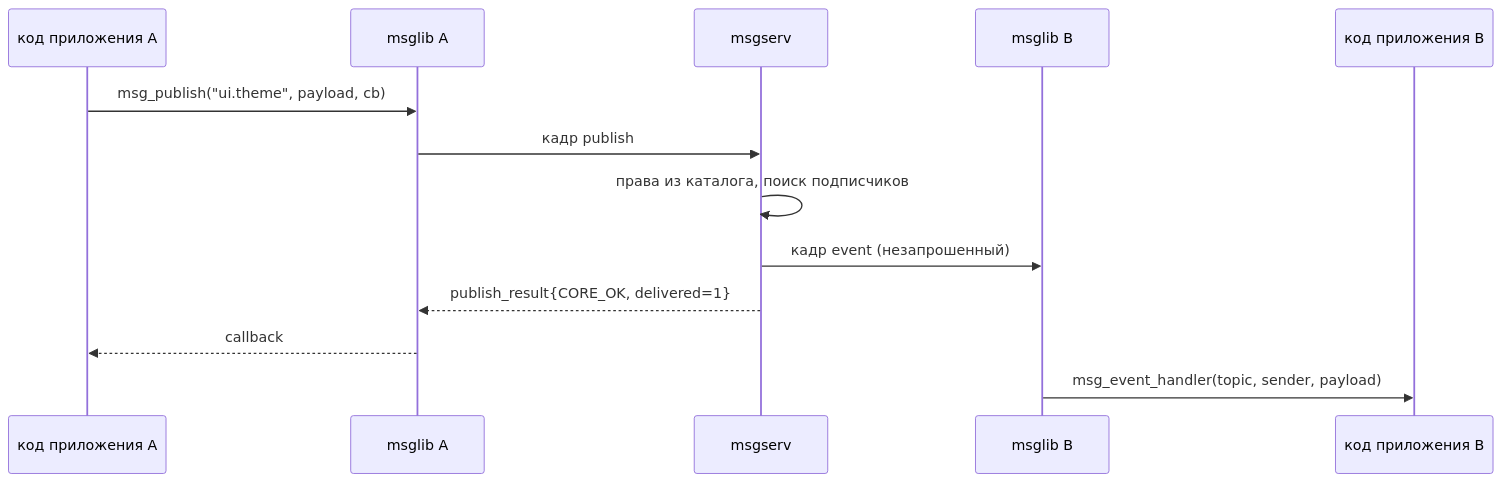
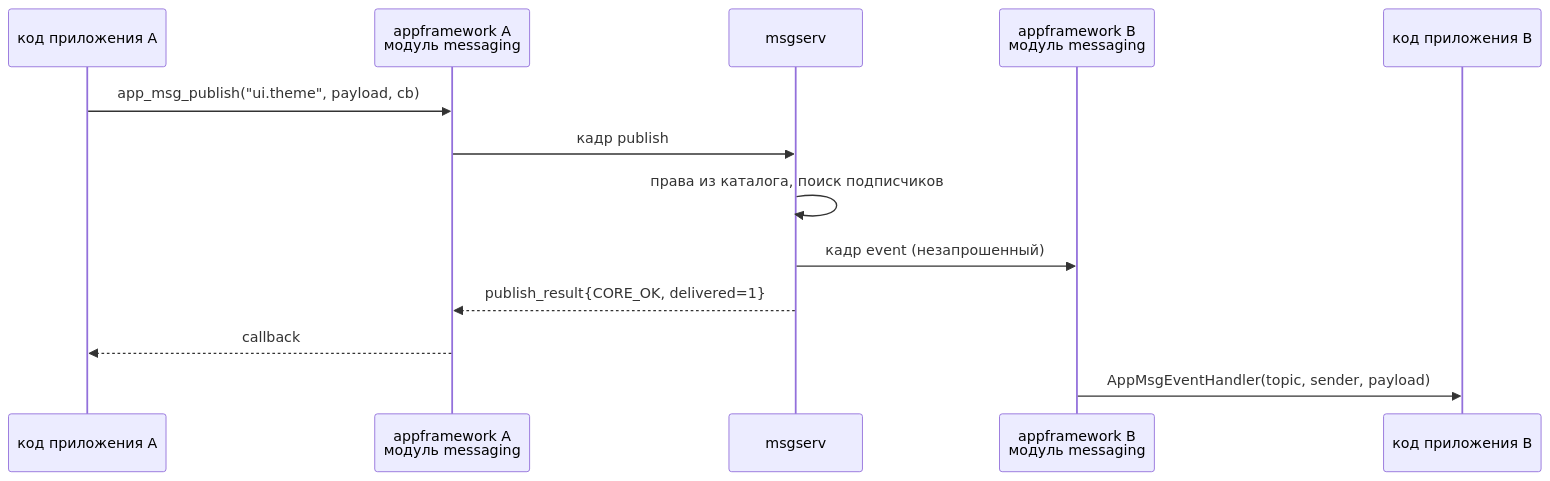
One commit to ITMOdefence/brouk changed the diagram in README.md. Above: the diagram before and after it, drawn with Mermaid. The commit also changed other lines of this file, not shown here.

First line of the commit message:
Клиент обмена — модуль messaging в appframework, а не отдельная библиотека

````diff
--- a/README.md
+++ b/README.md
@@ -125,16 +156,16 @@
 ```mermaid
 sequenceDiagram
     participant AC as код приложения A
-    participant ML as msglib A
+    participant AF as appframework A<br/>модуль messaging
     participant MS as msgserv
-    participant MLB as msglib B
+    participant BF as appframework B<br/>модуль messaging
     participant BC as код приложения B
 
-    AC->>ML: msg_publish("ui.theme", payload, cb)
-    ML->>MS: кадр publish
+    AC->>AF: app_msg_publish("ui.theme", payload, cb)
+    AF->>MS: кадр publish
     MS->>MS: права из каталога, поиск подписчиков
-    MS->>MLB: кадр event (незапрошенный)
-    MS-->>ML: publish_result{CORE_OK, delivered=1}
-    ML-->>AC: callback
-    MLB->>BC: msg_event_handler(topic, sender, payload)
+    MS->>BF: кадр event (незапрошенный)
+    MS-->>AF: publish_result{CORE_OK, delivered=1}
+    AF-->>AC: callback
+    BF->>BC: AppMsgEventHandler(topic, sender, payload)
 ```
````
